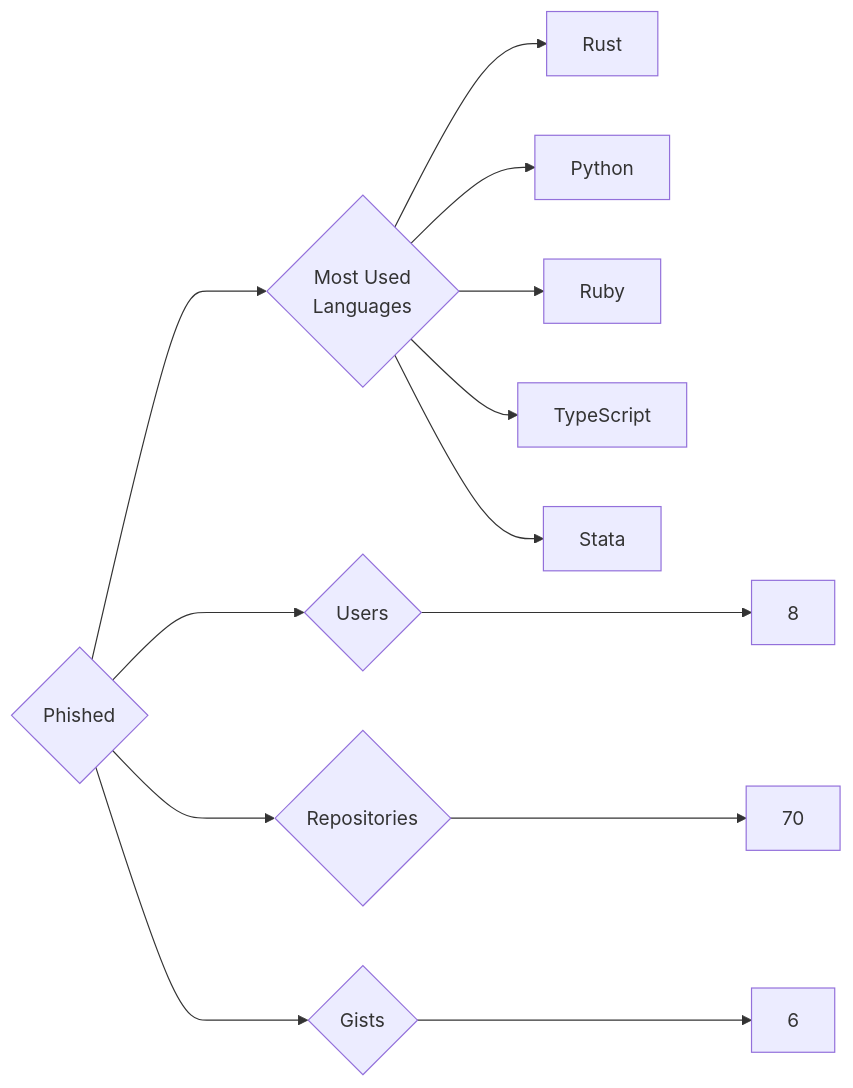
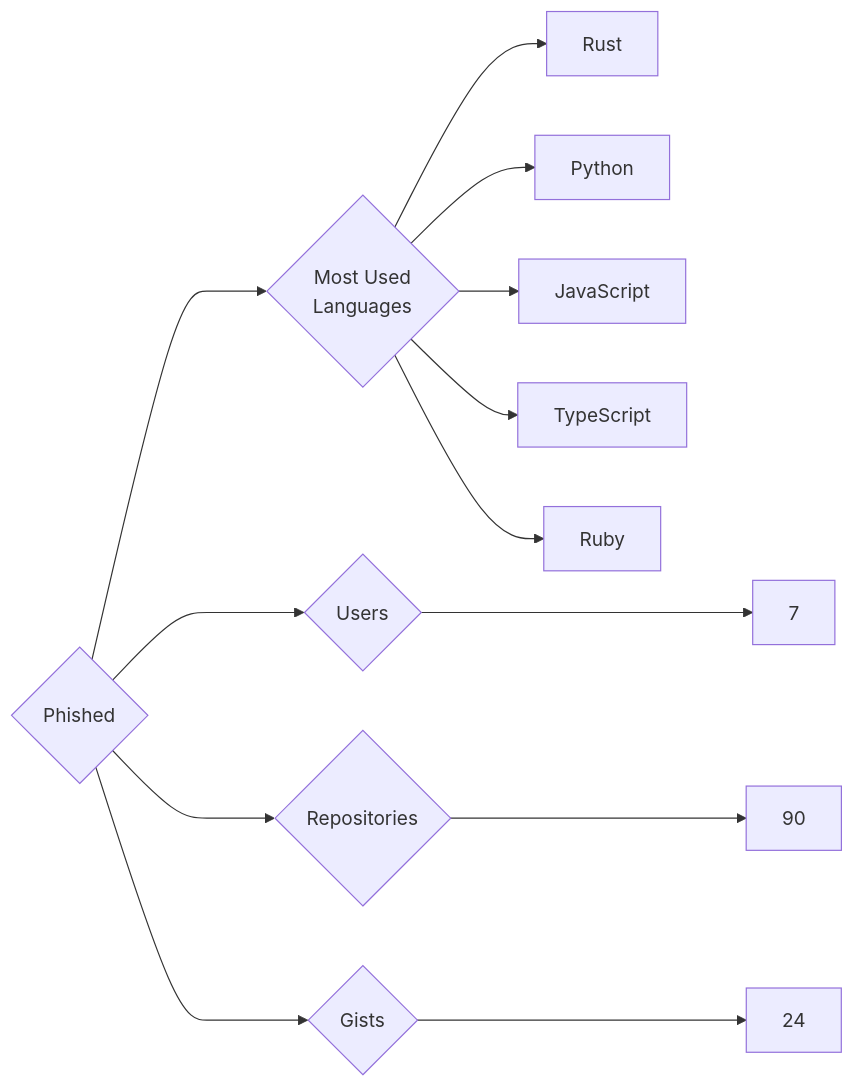
Before and after one commit to trickest/insiders: the diagram in targets/Phished/README.md, drawn with Mermaid. The commit also changed 1479 other files, not shown here.

````diff
--- a/targets/Phished/README.md
+++ b/targets/Phished/README.md
@@ -3,13 +3,13 @@
 ```mermaid
 graph LR
 COMPANY_NAME{Phished}
-COMPANY_NAME ---> U{Users} ---> UN[8]
-COMPANY_NAME ---> R{Repositories} ---> RN[70]
-COMPANY_NAME ---> G{Gists} ---> GN[6]
+COMPANY_NAME ---> U{Users} ---> UN[7]
+COMPANY_NAME ---> R{Repositories} ---> RN[90]
+COMPANY_NAME ---> G{Gists} ---> GN[24]
 COMPANY_NAME ---> ML{Most Used<br>Languages}
 ML --> Rust[Rust]
 ML --> Python[Python]
+ML --> JavaScript[JavaScript]
+ML --> TypeScript[TypeScript]
 ML --> Ruby[Ruby]
-ML --> TypeScript[TypeScript]
-ML --> Stata[Stata]
 ```
````
